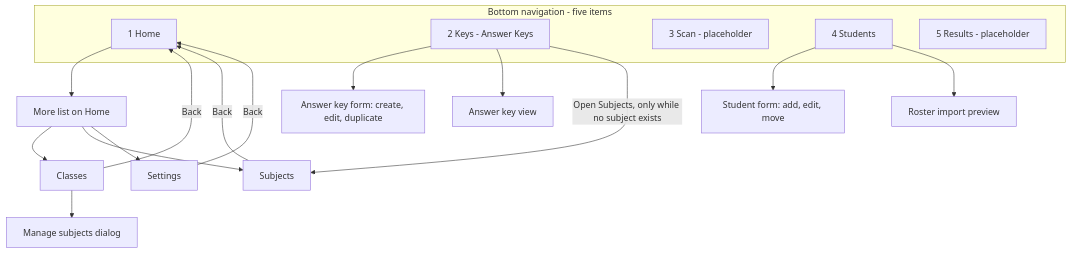
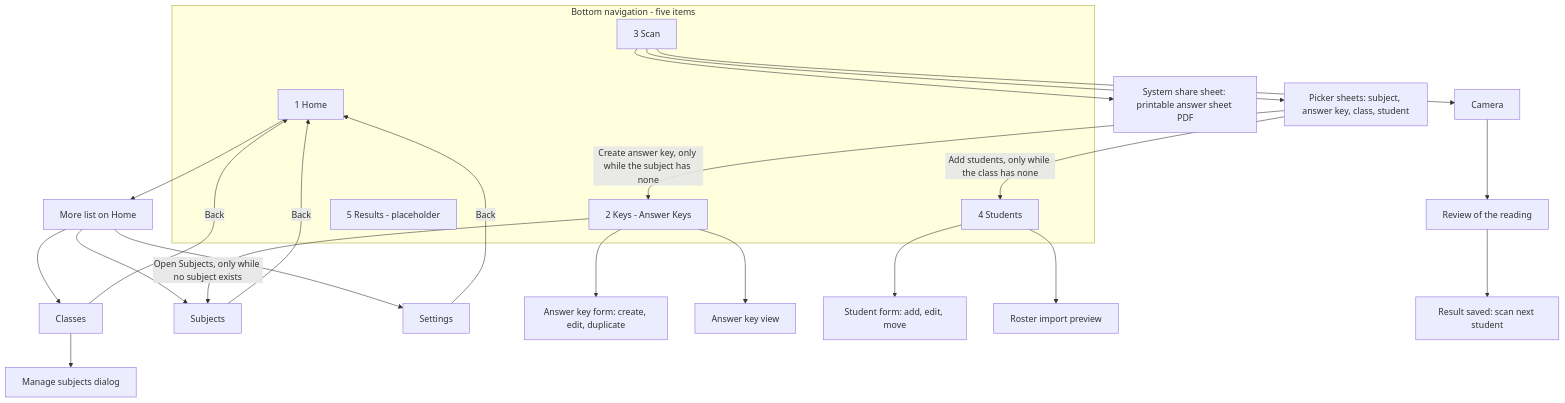
Before and after one commit to nicolaseugenio2022-cyber/answer-checker: the fourth of 13 diagrams in docs/diagrams.md, drawn with Mermaid. The commit also changed other lines of this file and 5 other files, not shown here.

Commit message:
docs: synchronize documentation with schema version 6 and Scan

````diff
--- a/docs/diagrams.md
+++ b/docs/diagrams.md
@@ -91,25 +102,32 @@
 ```mermaid
 flowchart TD
     subgraph Bar["Bottom navigation - five items"]
         HOME["1 Home"]
         KEYS["2 Keys - Answer Keys"]
-        SCAN["3 Scan - placeholder"]
+        SCAN["3 Scan"]
         STUDENTS["4 Students"]
         RESULTS["5 Results - placeholder"]
     end
 
     HOME --> MORE["More list on Home"]
     MORE --> CLASSES["Classes"]
     MORE --> SUBJECTS["Subjects"]
     MORE --> SETTINGS["Settings"]
     CLASSES --> MANAGE["Manage subjects dialog"]
     CLASSES -- "Back" --> HOME
     SUBJECTS -- "Back" --> HOME
     SETTINGS -- "Back" --> HOME
 
     KEYS --> KEYFORM["Answer key form: create, edit, duplicate"]
     KEYS --> KEYVIEW["Answer key view"]
     KEYS -- "Open Subjects, only while no subject exists" --> SUBJECTS
     STUDENTS --> STUDENTFORM["Student form: add, edit, move"]
     STUDENTS --> IMPORT["Roster import preview"]
+    SCAN --> PICK["Picker sheets: subject, answer key, class, student"]
+    SCAN --> SHARE["System share sheet: printable answer sheet PDF"]
+    SCAN --> CAMERA["Camera"]
+    CAMERA --> REVIEW["Review of the reading"]
+    REVIEW --> SAVED["Result saved: scan next student"]
+    PICK -- "Create answer key, only while the subject has none" --> KEYS
+    PICK -- "Add students, only while the class has none" --> STUDENTS
 ```
````
